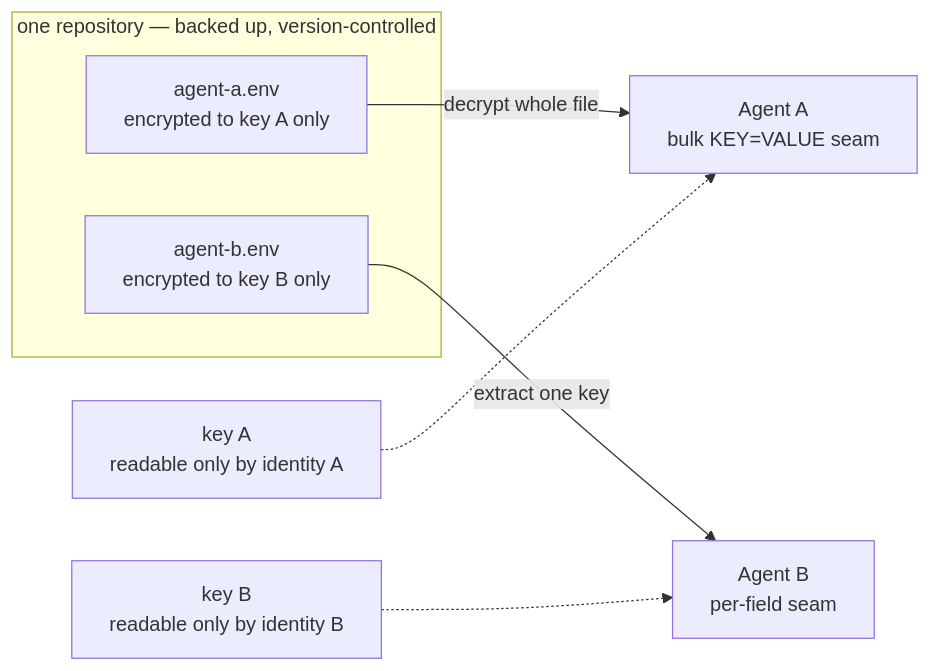
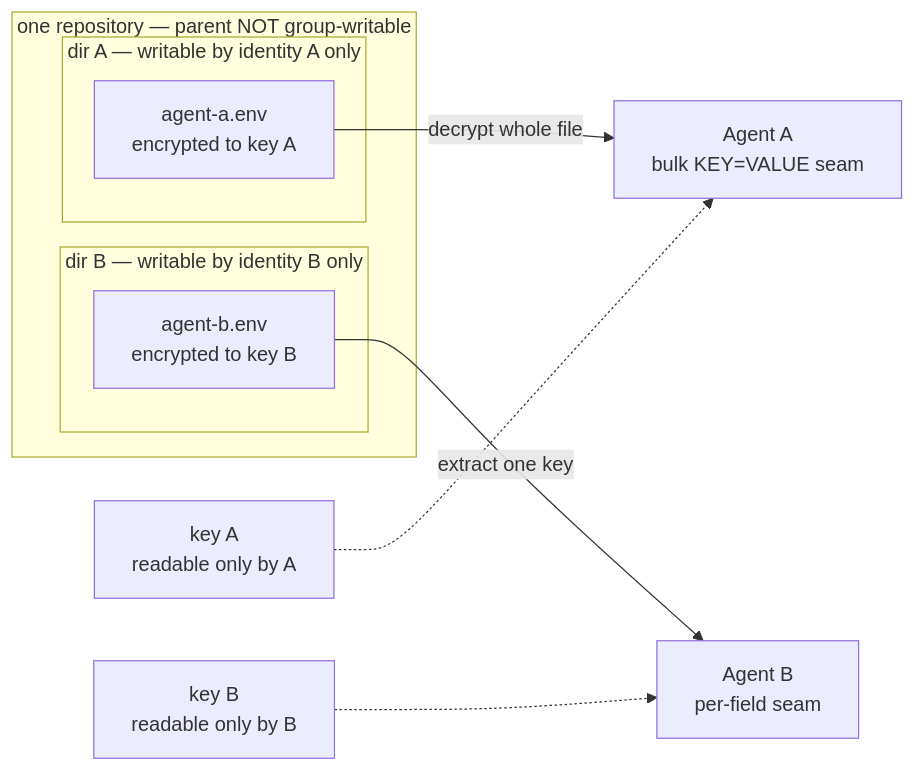
The diagram in docs/secret-store.md (ghosty-11/hermes-stackbook), drawn with Mermaid before and after one commit. The commit also changed other lines of this file and 1 other file, not shown here.

First line of the commit message:
docs: separate files are not enough — partition writes too

````diff
--- a/docs/secret-store.md
+++ b/docs/secret-store.md
@@ -58,11 +61,15 @@
 ```mermaid
 graph LR
-  subgraph Repo["one repository — backed up, version-controlled"]
-    F1["agent-a.env<br/>encrypted to key A only"]
-    F2["agent-b.env<br/>encrypted to key B only"]
+  subgraph Repo["one repository — parent NOT group-writable"]
+    subgraph DA["dir A — writable by identity A only"]
+      F1["agent-a.env<br/>encrypted to key A"]
+    end
+    subgraph DB["dir B — writable by identity B only"]
+      F2["agent-b.env<br/>encrypted to key B"]
+    end
   end
   F1 -->|"decrypt whole file"| C1["Agent A<br/>bulk KEY=VALUE seam"]
   F2 -->|"extract one key"| C2["Agent B<br/>per-field seam"]
-  K1["key A<br/>readable only by identity A"] -.-> C1
-  K2["key B<br/>readable only by identity B"] -.-> C2
+  K1["key A<br/>readable only by A"] -.-> C1
+  K2["key B<br/>readable only by B"] -.-> C2
 ```
````
